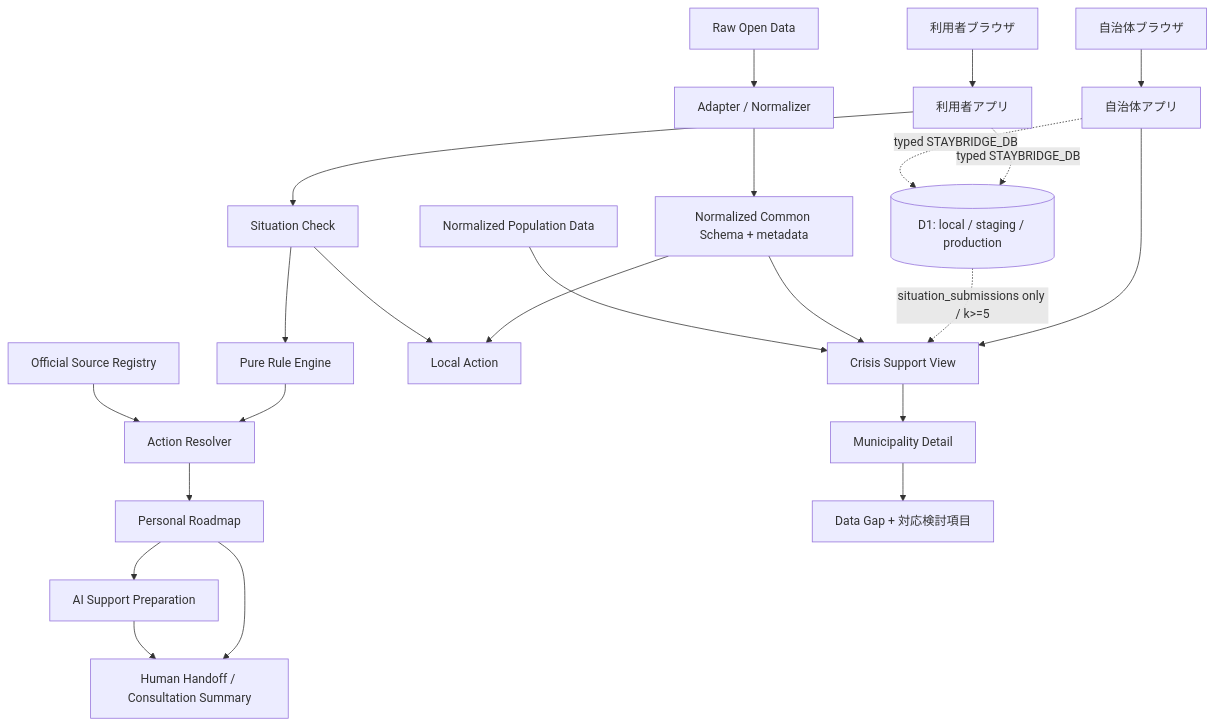
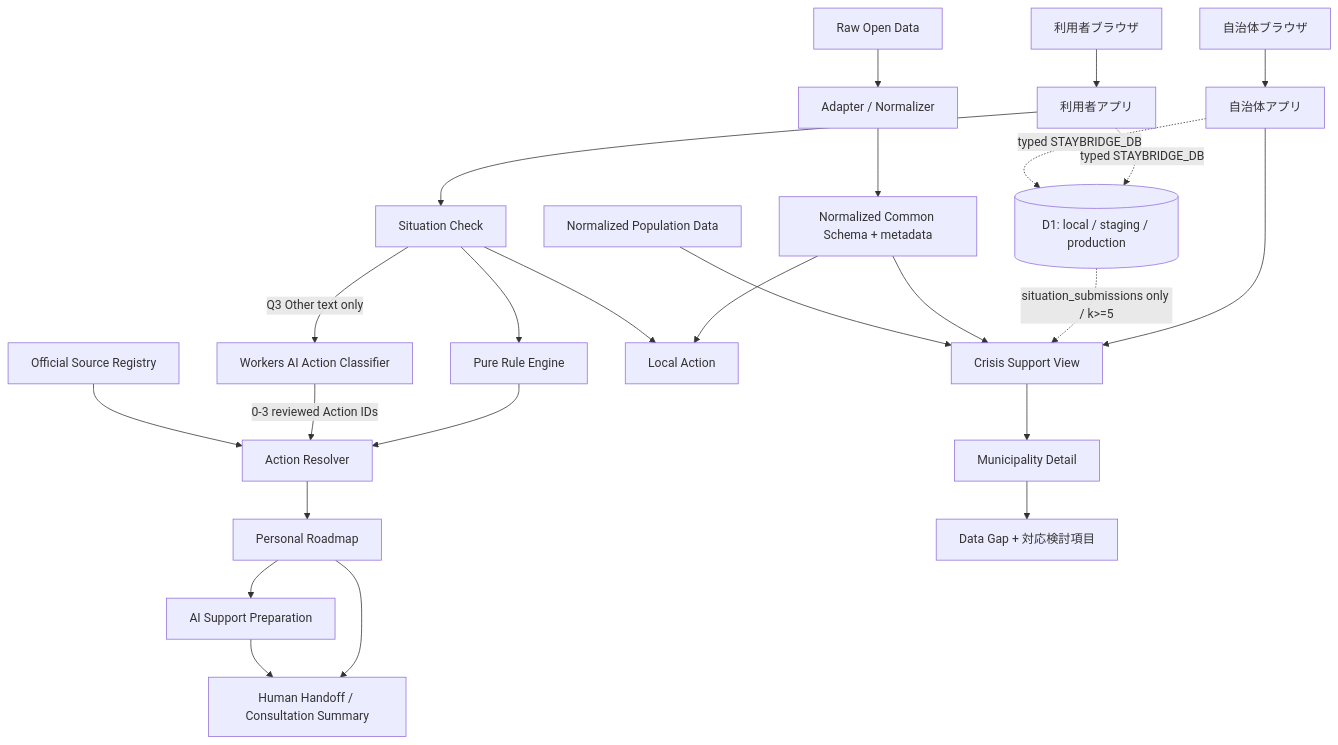
One commit to kuraryu405/tokyo-opendata changed the diagram in docs/architecture.md. Above: the diagram before and after it, drawn with Mermaid. The commit also changed other lines of this file and 23 other files, not shown here.

Commit message:
feat(roadmap): その他の自由記述をAIカード選定へ反映する

````diff
--- a/docs/architecture.md
+++ b/docs/architecture.md
@@ -3,25 +3,27 @@
 ```mermaid
 flowchart TD
   UB[利用者ブラウザ] --> UA[利用者アプリ]
   UA --> S[Situation Check]
   S --> R[Pure Rule Engine]
   R --> A[Action Resolver]
+  S -->|Q3 Other text only| Q3AI[Workers AI Action Classifier]
+  Q3AI -->|0-3 reviewed Action IDs| A
   O[Official Source Registry] --> A
   D[Raw Open Data] --> N[Adapter / Normalizer]
   N --> C[Normalized Common Schema + metadata]
   C --> L[Local Action]
   A --> P[Personal Roadmap]
   P --> H[Human Handoff / Consultation Summary]
   P --> CHT[AI Support Preparation]
   CHT --> H
   S --> L
   MB[自治体ブラウザ] --> MA[自治体アプリ]
   MA --> CV[Crisis Support View]
   UA -. typed STAYBRIDGE_DB .-> D1[(D1: local / staging / production)]
   MA -. typed STAYBRIDGE_DB .-> D1
   D1 -. situation_submissions only / k>=5 .-> CV
   C --> CV
   POP[Normalized Population Data] --> CV
   CV --> M[Municipality Detail]
   M --> G[Data Gap + 対応検討項目]
 ```
````
